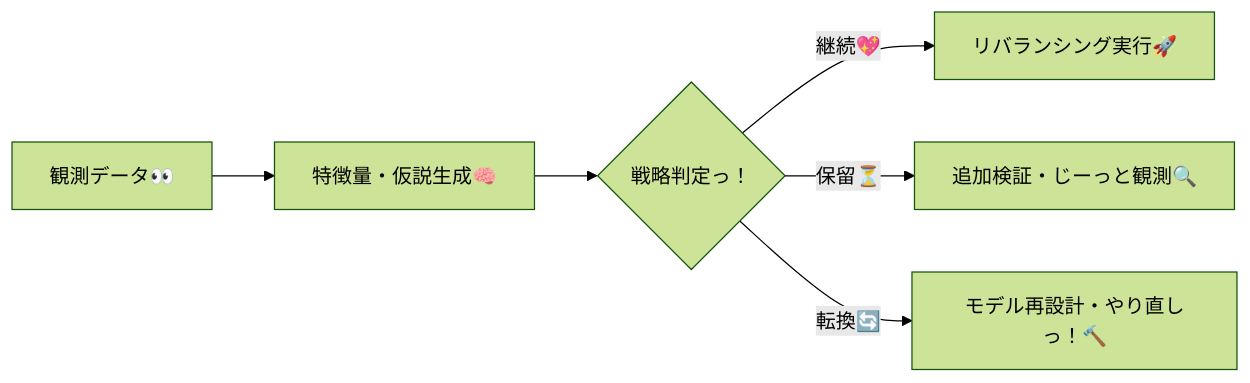
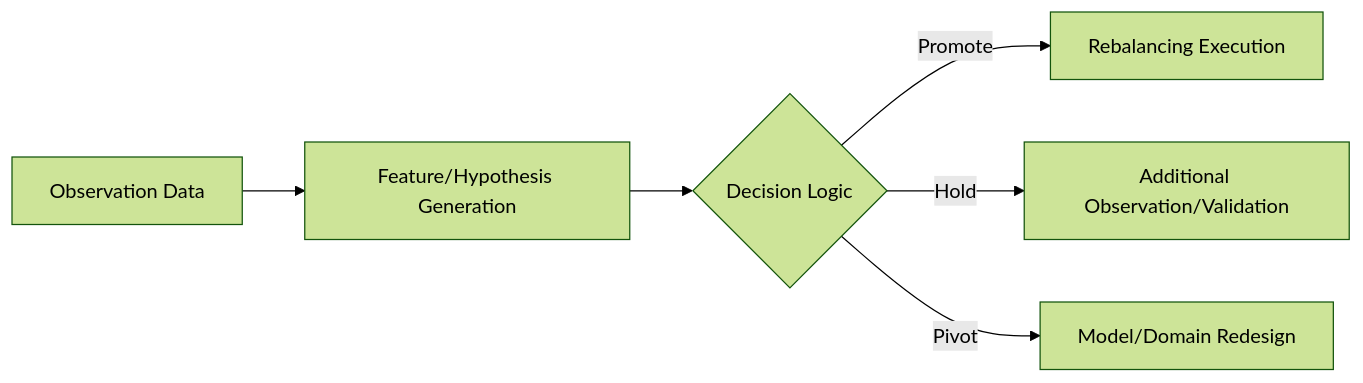
The third of 5 diagrams in docs/specs/Frontend.md (KAFKA2306/investor), drawn with Mermaid (forest theme) before and after one commit. The commit also changed other lines of this file and 37 other files, not shown here.

Commit message:
docs: sync AAARTS design, Ralph loop domain pivot, and agent memories

````diff
--- a/docs/specs/Frontend.md
+++ b/docs/specs/Frontend.md
@@ -151,8 +149,8 @@
 ```mermaid
 flowchart LR
-    入力["観測データ👀"] --> 解析["特徴量・仮説生成🧠"]
-    解析 --> 判定{"戦略判定っ！"}
-    判定 -- 継続💖 --> 実行["リバランシング実行🚀"]
-    判定 -- 保留⏳ --> 追加["追加検証・じーっと観測🔍"]
-    判定 -- 転換🔄 --> 再設計["モデル再設計・やり直しっ！🔨"]
+    Inputs["Observation Data"] --> Analysis["Feature/Hypothesis Generation"]
+    Analysis --> Verdict{"Decision Logic"}
+    Verdict -- Promote --> Execution["Rebalancing Execution"]
+    Verdict -- Hold --> Observe["Additional Observation/Validation"]
+    Verdict -- Pivot --> Redesign["Model/Domain Redesign"]
 ```
````
